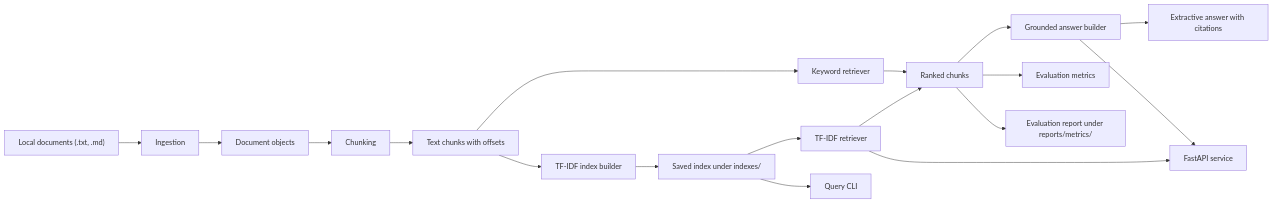
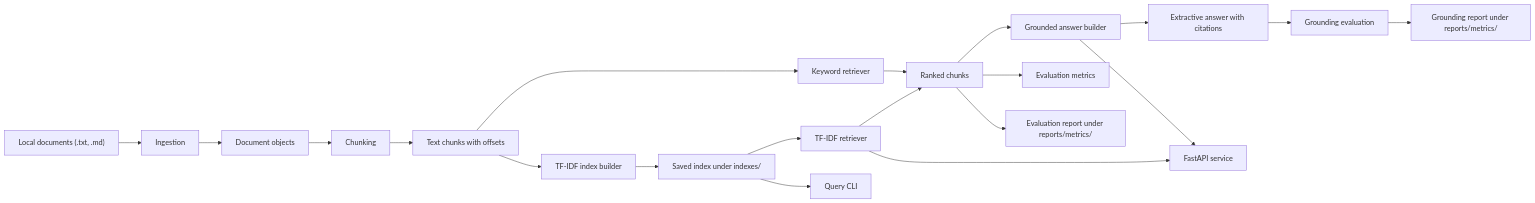
One commit to AmmarHafeez/document-intelligence-rag-platform changed the diagram in docs/architecture.md. Above: the diagram before and after it, drawn with Mermaid. The commit also changed other lines of this file and 11 other files, not shown here.

Commit message:
Add grounding evaluation workflow

````diff
--- a/docs/architecture.md
+++ b/docs/architecture.md
@@ -3,20 +3,22 @@
 ```mermaid
 flowchart LR
     A["Local documents (.txt, .md)"] --> B["Ingestion"]
     B --> C["Document objects"]
     C --> D["Chunking"]
     D --> E["Text chunks with offsets"]
     E --> F["Keyword retriever"]
     E --> G["TF-IDF index builder"]
     G --> H["Saved index under indexes/"]
     H --> I["TF-IDF retriever"]
     F --> J["Ranked chunks"]
     I --> J
     J --> O["Grounded answer builder"]
     O --> P["Extractive answer with citations"]
+    P --> Q["Grounding evaluation"]
+    Q --> R["Grounding report under reports/metrics/"]
     J --> K["Evaluation metrics"]
     J --> N["Evaluation report under reports/metrics/"]
     I --> L["FastAPI service"]
     O --> L
     H --> M["Query CLI"]
 ```
````
